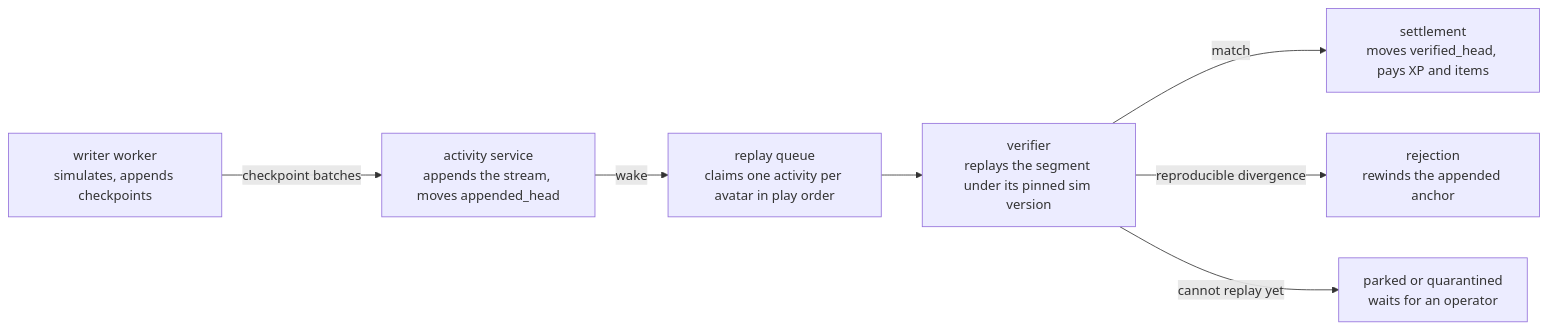
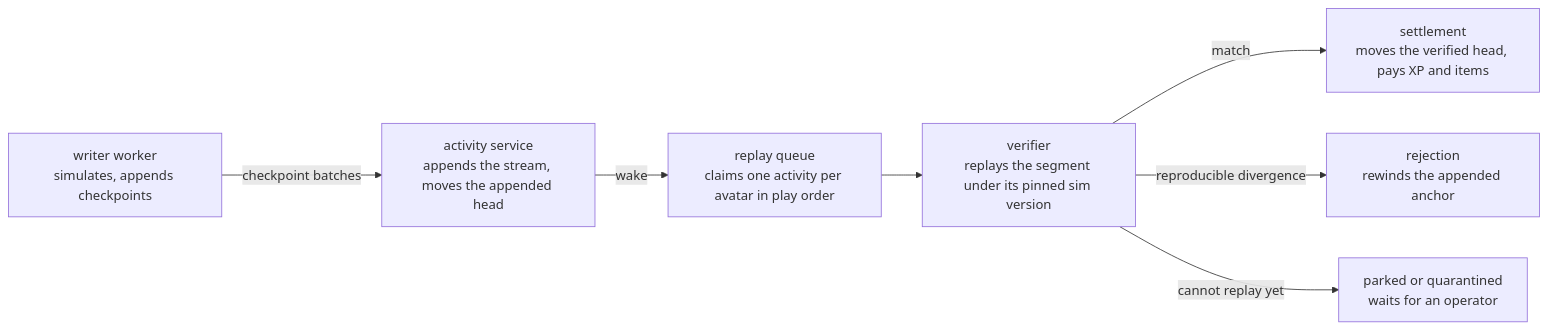
One commit to zgeoff/vers changed the diagram in docs/architecture/game/game-simulation.md. Above: the diagram before and after it, drawn with Mermaid. The commit also changed other lines of this file and 13 other files, not shown here.

Commit message:
docs: rewrite the game and platform architecture docs (#1166)

````diff
--- a/docs/architecture/game/game-simulation.md
+++ b/docs/architecture/game/game-simulation.md
@@ -15,9 +15,9 @@
 ```mermaid
 flowchart LR
-  W["writer worker<br>simulates, appends checkpoints"] -->|checkpoint batches| A["activity service<br>appends the stream, moves appended_head"]
+  W["writer worker<br>simulates, appends checkpoints"] -->|checkpoint batches| A["activity service<br>appends the stream, moves the appended head"]
   A -->|wake| Q["replay queue<br>claims one activity per avatar in play order"]
   Q --> V["verifier<br>replays the segment under its pinned sim version"]
-  V -->|match| S["settlement<br>moves verified_head, pays XP and items"]
+  V -->|match| S["settlement<br>moves the verified head, pays XP and items"]
   V -->|reproducible divergence| R["rejection<br>rewinds the appended anchor"]
   V -->|cannot replay yet| P["parked or quarantined<br>waits for an operator"]
 ```
````
